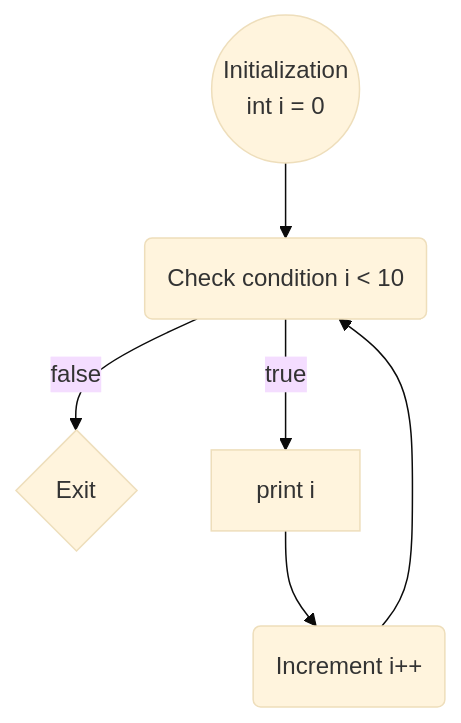
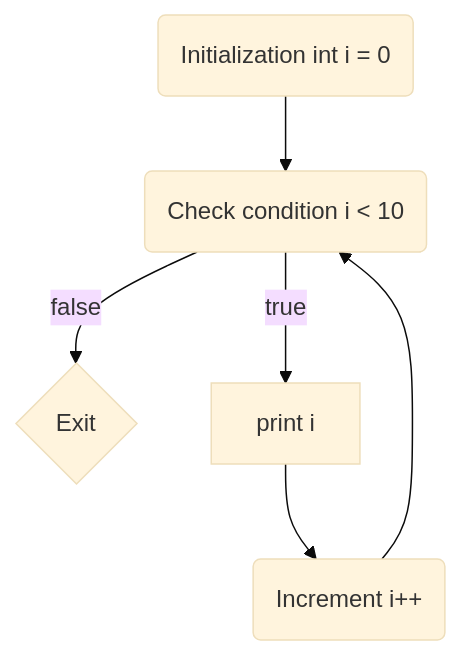
Before and after one commit to bryan-hz/Articles: the diagram in Java-Week-1/index.md, drawn with Mermaid (base theme). The commit also changed 1 other file, not shown here.

Commit message:
remove <br /> in mermaid

````diff
--- a/Java-Week-1/index.md
+++ b/Java-Week-1/index.md
@@ -404,6 +404,6 @@
     ```mermaid
     graph TD
-      A((Initialization<br/>int i = 0)) --> B(Check condition i < 10)
+      A(Initialization int i = 0) --> B(Check condition i < 10)
       B -- false --> D{Exit}
       B -- true --> C[print i] --> E(Increment i++) --> B
     ```
````
